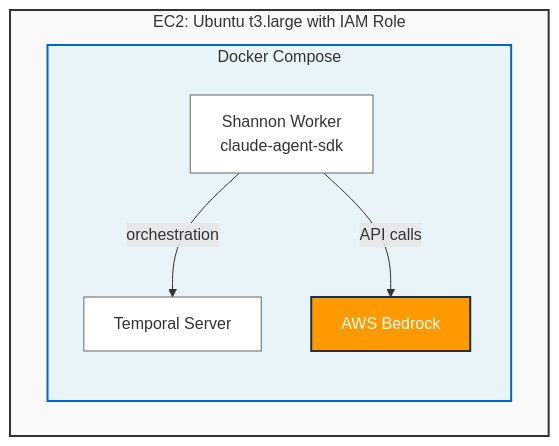
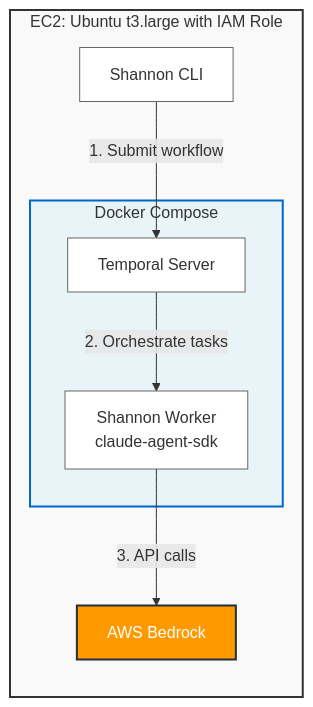
One commit to Frangke/shannon-bedrock changed the diagram in README.md. Above: the diagram before and after it, drawn with Mermaid. The commit also changed 1 other file, not shown here.

Commit message:
Fix architecture diagram flow: CLI → Temporal → Worker → Bedrock
- Correct workflow submission flow
- CLI submits workflow to Temporal (not Worker to Temporal)
- Temporal orchestrates Worker (not Worker orchestrates Temporal)
- Add numbered steps (1, 2, 3) for clarity
- Change to horizontal layout (LR) to show sequential flow

````diff
--- a/README.md
+++ b/README.md
@@ -20,17 +20,22 @@
 ```mermaid
-graph TB
+graph LR
     subgraph EC2[EC2: Ubuntu t3.large with IAM Role]
+        CLI[Shannon CLI]
         subgraph Docker[Docker Compose]
             Temporal[Temporal Server]
             Worker[Shannon Worker<br/>claude-agent-sdk]
-            Worker -->|orchestration| Temporal
-            Worker -->|API calls| Bedrock[AWS Bedrock]
         end
+        Bedrock[AWS Bedrock]
     end
+
+    CLI -->|1. Submit workflow| Temporal
+    Temporal -->|2. Orchestrate tasks| Worker
+    Worker -->|3. API calls| Bedrock
 
     style EC2 fill:#f9f9f9,stroke:#333,stroke-width:2px
     style Docker fill:#e8f4f8,stroke:#0066cc,stroke-width:2px
+    style CLI fill:#fff,stroke:#666,stroke-width:1px
     style Temporal fill:#fff,stroke:#666,stroke-width:1px
     style Worker fill:#fff,stroke:#666,stroke-width:1px
     style Bedrock fill:#ff9900,stroke:#232f3e,stroke-width:2px,color:#fff
 ```
````
